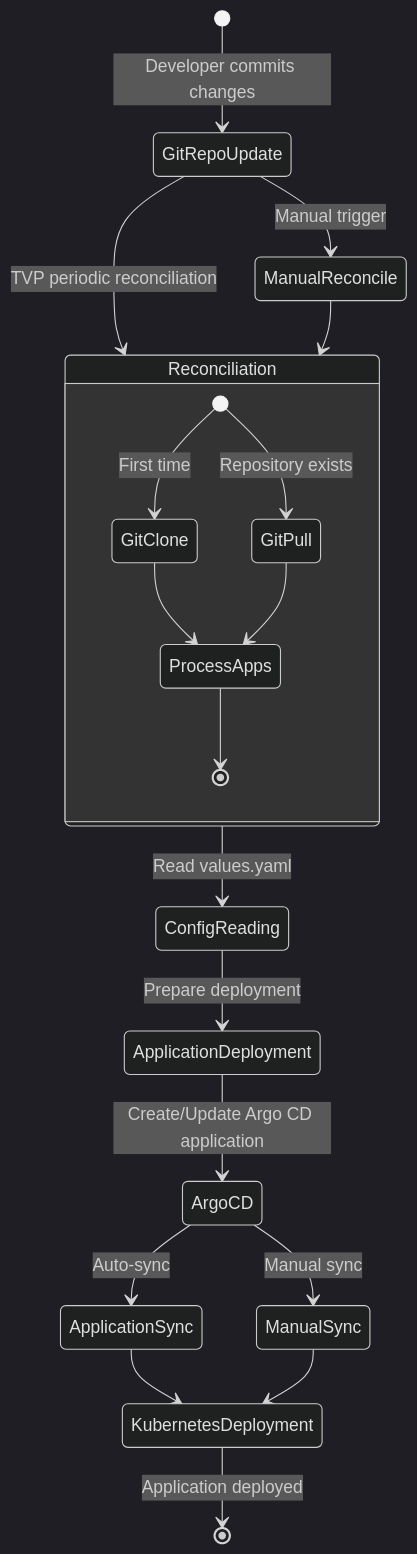
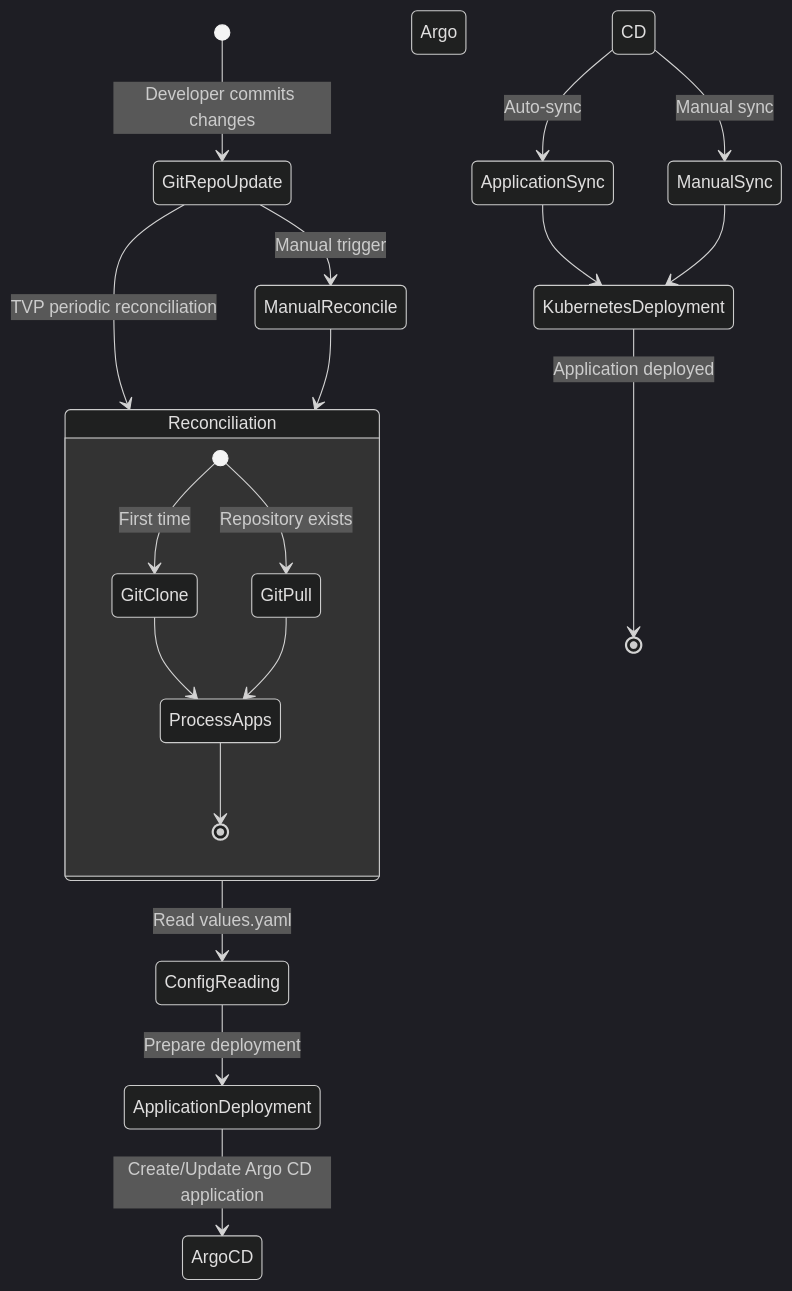
One commit to lloydchang/tvp-k8s changed the diagram in fastapi/mermaid/app-deployment-workflow.mermaid. Above: the diagram before and after it, drawn with Mermaid (dark theme).

```diff
--- a/fastapi/mermaid/app-deployment-workflow.mermaid
+++ b/fastapi/mermaid/app-deployment-workflow.mermaid
@@ -1,27 +1,27 @@
 stateDiagram-v2
     [*] --> GitRepoUpdate: Developer commits changes
     
     GitRepoUpdate --> Reconciliation: TVP periodic reconciliation
     GitRepoUpdate --> ManualReconcile: Manual trigger
     
     ManualReconcile --> Reconciliation
     
     Reconciliation --> ConfigReading: Read values.yaml
     ConfigReading --> ApplicationDeployment: Prepare deployment
     ApplicationDeployment --> ArgoCD: Create/Update Argo CD application
     
-    ArgoCD --> ApplicationSync: Auto-sync
-    ArgoCD --> ManualSync: Manual sync
+    Argo CD --> ApplicationSync: Auto-sync
+    Argo CD --> ManualSync: Manual sync
     
     ApplicationSync --> KubernetesDeployment
     ManualSync --> KubernetesDeployment
     
     KubernetesDeployment --> [*]: Application deployed
     
     state Reconciliation {
         [*] --> GitClone: First time
         [*] --> GitPull: Repository exists
         GitClone --> ProcessApps
         GitPull --> ProcessApps
         ProcessApps --> [*]
     }
```
